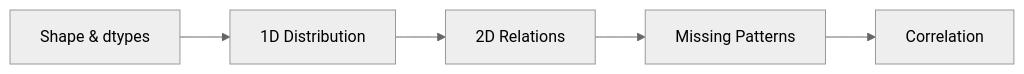
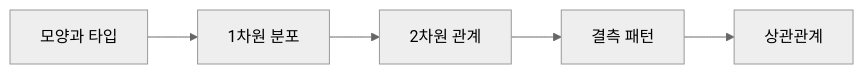
One commit to yeongseon-books/book-content changed the diagram in content/data-science-101/ko/05-exploratory-data-analysis.md. Above: the diagram before and after it, drawn with Mermaid (neutral theme). The commit also changed other lines of this file and 9 other files, not shown here.

````diff
--- a/content/data-science-101/ko/05-exploratory-data-analysis.md
+++ b/content/data-science-101/ko/05-exploratory-data-analysis.md
@@ -35,7 +47,7 @@
 ```mermaid
 flowchart LR
-    Shape["Shape & dtypes"] --> Dist["1D Distribution"]
-    Dist --> Pair["2D Relations"]
-    Pair --> Miss["Missing Patterns"]
-    Miss --> Corr["Correlation"]
+    Shape["모양과 타입"] --> Dist["1차원 분포"]
+    Dist --> Pair["2차원 관계"]
+    Pair --> Miss["결측 패턴"]
+    Miss --> Corr["상관관계"]
 ```
````
